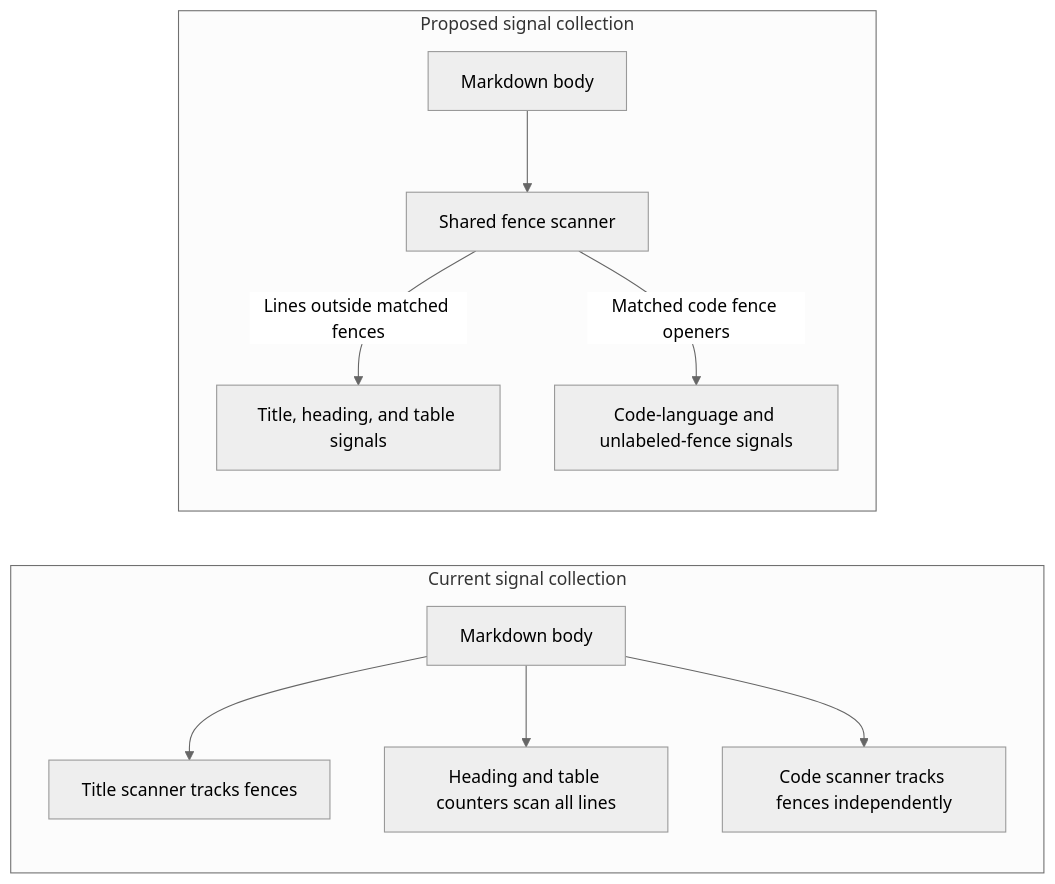
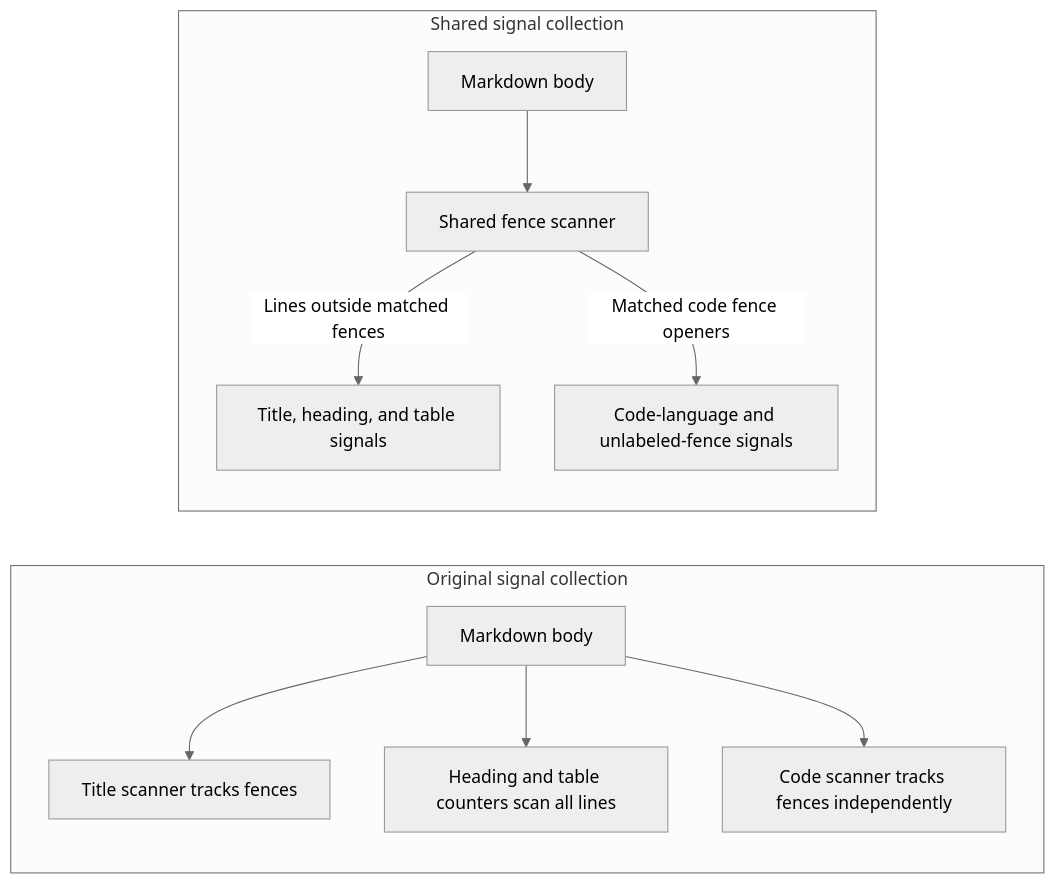
One commit to dev-pi2pie/cdx-chores changed the diagram in docs/researches/research-2026-11-22-code-quality-review.md. Above: the diagram before and after it, drawn with Mermaid (neutral theme). The commit also changed other lines of this file and 1 other file, not shown here.

````diff
--- a/docs/researches/research-2026-11-22-code-quality-review.md
+++ b/docs/researches/research-2026-11-22-code-quality-review.md
@@ -33,14 +40,14 @@
 ```mermaid
 flowchart LR
-    subgraph current["Current signal collection"]
+    subgraph current["Original signal collection"]
         currentBody["Markdown body"] --> titleScan["Title scanner tracks fences"]
         currentBody --> structureCounts["Heading and table counters scan all lines"]
         currentBody --> codeScan["Code scanner tracks fences independently"]
     end
 
-    subgraph proposed["Proposed signal collection"]
+    subgraph proposed["Shared signal collection"]
         proposedBody["Markdown body"] --> fenceScan["Shared fence scanner"]
         fenceScan -->|"Lines outside matched fences"| structureSignals["Title, heading, and table signals"]
         fenceScan -->|"Matched code fence openers"| codeSignals["Code-language and unlabeled-fence signals"]
     end
 ```
````
